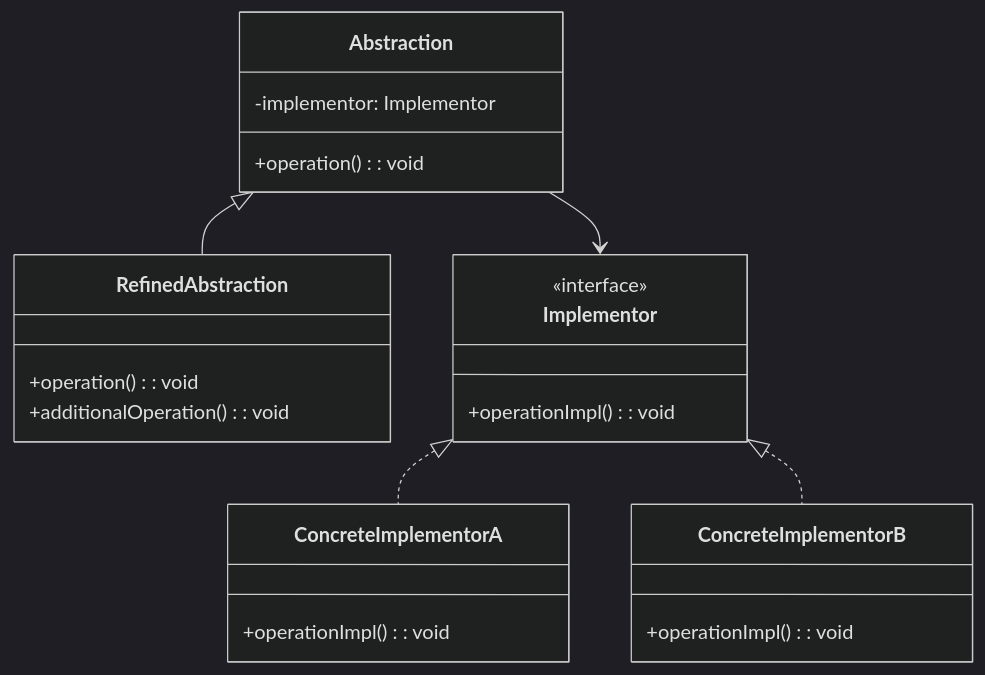
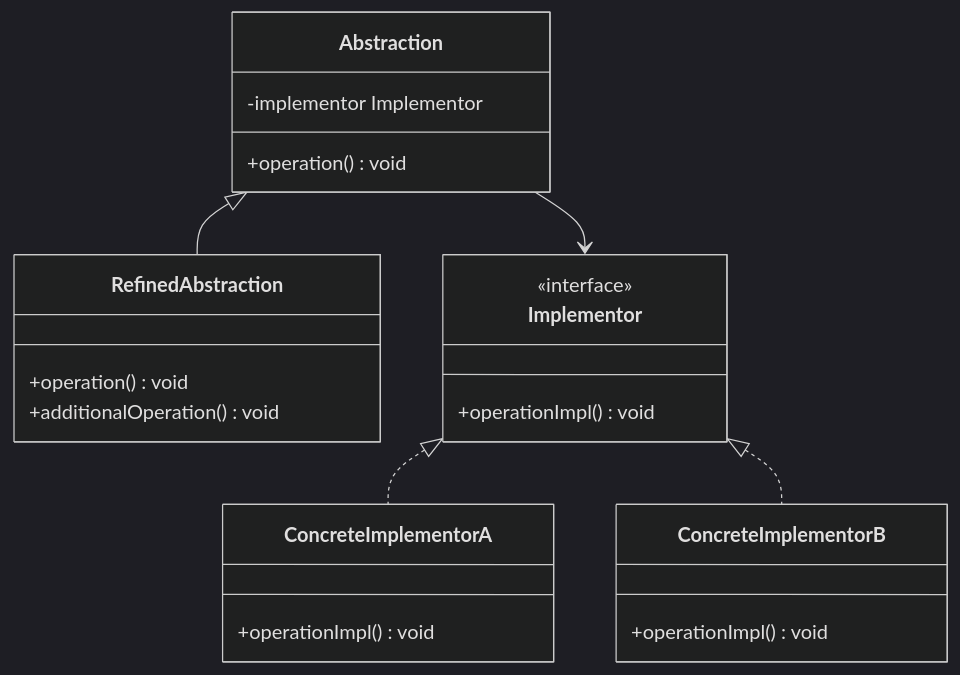
One commit to chihhung/Blog changed diagram 14 of 29 in content/posts/教學/分析與設計/Design Pattern教學.md. Above: the diagram before and after it, drawn with Mermaid (dark theme). The commit also changed other lines of this file and 5 other files, not shown here.

````diff
--- a/content/posts/教學/分析與設計/Design Pattern教學.md
+++ b/content/posts/教學/分析與設計/Design Pattern教學.md
@@ -2827,30 +2827,30 @@
 ```mermaid
 classDiagram
     class Abstraction {
-        -implementor: Implementor
-        +operation(): void
+        -implementor Implementor
+        +operation() void
     }
     
     class RefinedAbstraction {
-        +operation(): void
-        +additionalOperation(): void
+        +operation() void
+        +additionalOperation() void
     }
     
     class Implementor {
         <<interface>>
-        +operationImpl(): void
+        +operationImpl() void
     }
     
     class ConcreteImplementorA {
-        +operationImpl(): void
+        +operationImpl() void
     }
     
     class ConcreteImplementorB {
-        +operationImpl(): void
+        +operationImpl() void
     }
     
     Abstraction <|-- RefinedAbstraction
     Abstraction --> Implementor
     Implementor <|.. ConcreteImplementorA
     Implementor <|.. ConcreteImplementorB
 ```
````
